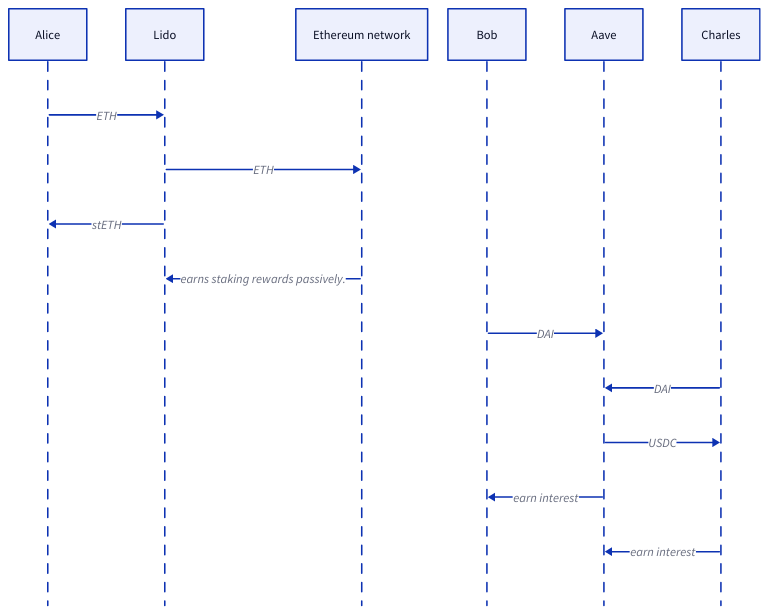
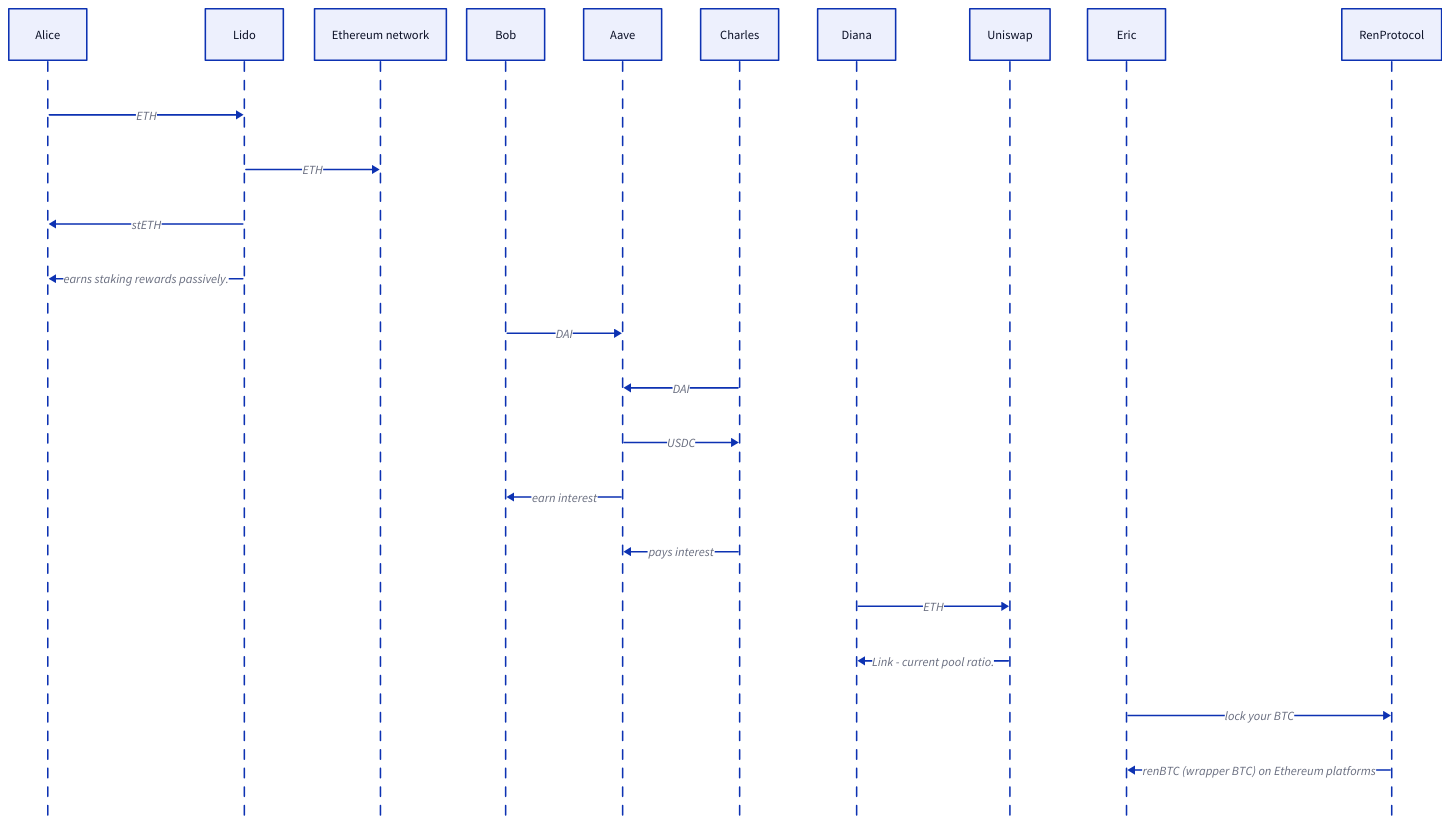
One commit to blockchain-audit/labs changed the diagram in task/defi.d2. Above: the diagram before and after it, drawn with D2. The commit also changed 2 other files, not shown here.

```diff
--- a/task/defi.d2
+++ b/task/defi.d2
@@ -1,12 +1,20 @@
 shape: sequence_diagram
 
-Alice -> Lido : ETH
-Lido -> Ethereum network:ETH
-Lido->Alice:stETH
-Ethereum network -> Lido:earns staking rewards passively.
+Alice -> Lido: ETH
+Lido -> Ethereum network: ETH
+Lido -> Alice: stETH
+Lido -> Alice: earns staking rewards passively.
 
-Bob-> Aave : DAI
-Charles -> Aave : DAI
-Aave-> Charles : USDC
-Aave -> Bob : earn interest
-Charles -> Aave : earn interest
+Bob -> Aave: DAI
+Charles -> Aave: DAI
+Aave -> Charles: USDC
+Aave -> Bob: earn interest
+Charles -> Aave: pays interest
+
+
+Diana -> Uniswap : ETH
+Uniswap -> Diana : Link - current pool ratio.
+
+
+Eric -> RenProtocol : lock your BTC
+RenProtocol -> Eric : renBTC (wrapper BTC) on Ethereum platforms
```
